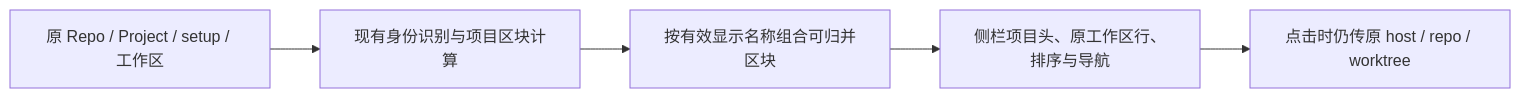
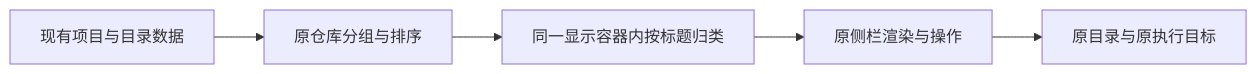
Before and after one commit to Fartown/orca: the first of 2 diagrams in docs/issue/侧栏项目合并/solutions/项目分组最小改动方案-10-23.md, drawn with Mermaid. The commit also changed other lines of this file and 54 other files, not shown here.

````diff
--- a/docs/issue/侧栏项目合并/solutions/项目分组最小改动方案-10-23.md
+++ b/docs/issue/侧栏项目合并/solutions/项目分组最小改动方案-10-23.md
@@ -72,7 +105,7 @@
 ```mermaid
 flowchart LR
-  A["原 Repo / Project / setup / 工作区"] --> B["现有身份识别与项目区块计算"]
-  B --> C["按有效显示名称组合可归并区块"]
-  C --> D["侧栏项目头、原工作区行、排序与导航"]
-  D --> E["点击时仍传原 host / repo / worktree"]
+  A[现有项目与目录数据] --> B[原仓库分组与排序]
+  B --> C[同一显示容器内按标题归类]
+  C --> D[原侧栏渲染与操作]
+  D --> E[原目录与原执行目标]
 ```
````
